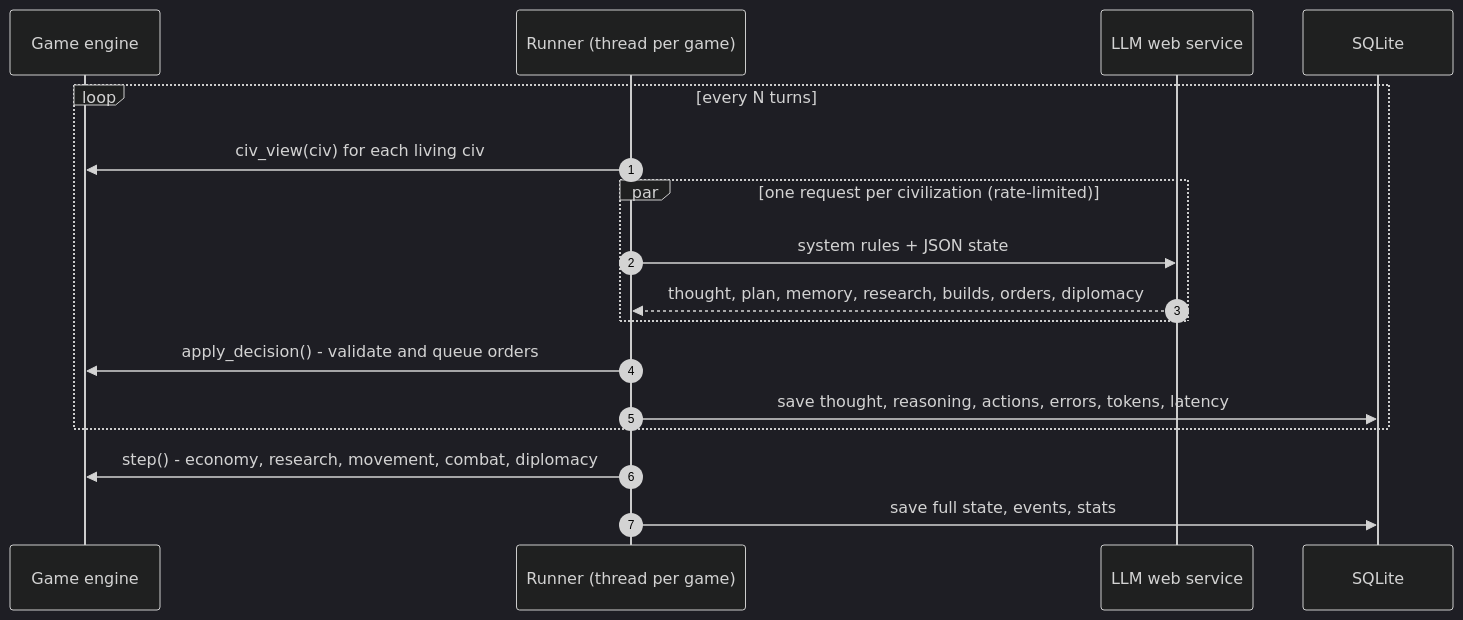
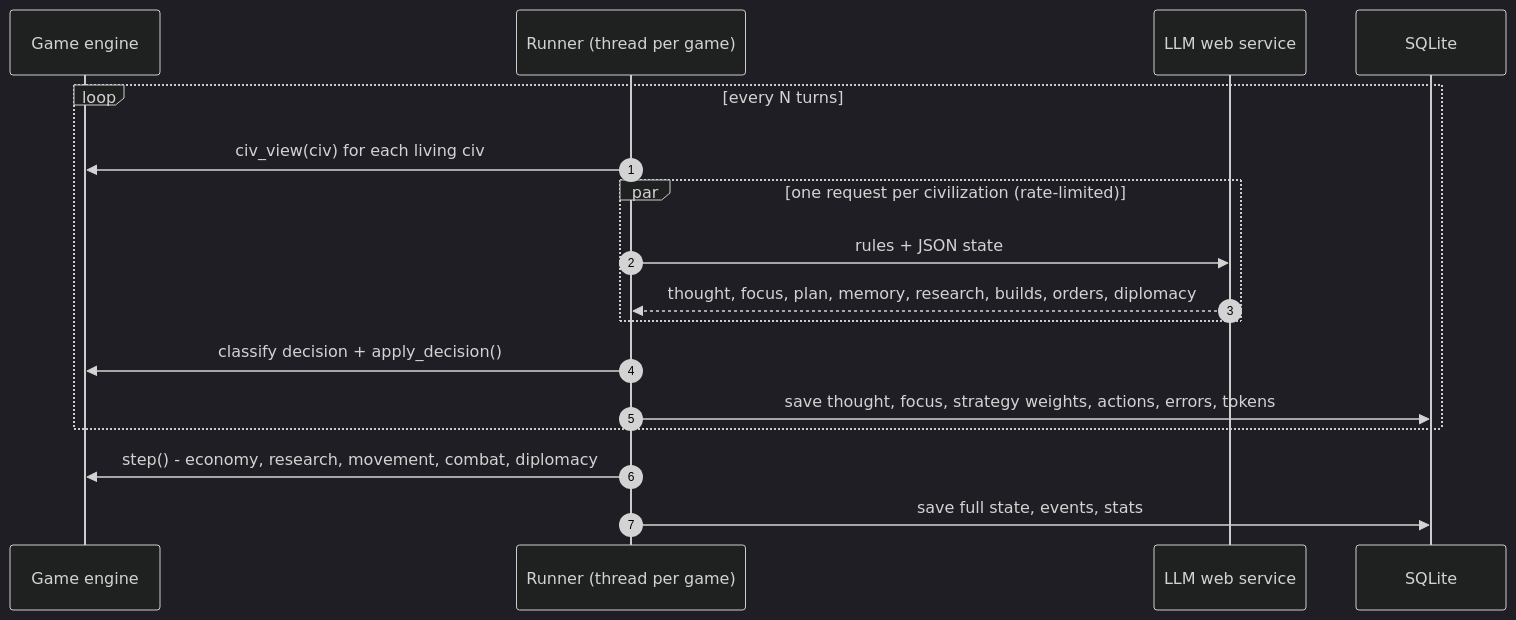
The diagram in README.md (deveguru/AI-Civilization-Arena), drawn with Mermaid (dark theme) before and after one commit. The commit also changed other lines of this file and 31 other files, not shown here.

````diff
--- a/README.md
+++ b/README.md
@@ -300,19 +362,19 @@
 ```mermaid
 sequenceDiagram
     autonumber
     participant E as Game engine
     participant R as Runner (thread per game)
     participant L as LLM web service
     participant DB as SQLite
     loop every N turns
         R->>E: civ_view(civ) for each living civ
         par one request per civilization (rate-limited)
-            R->>L: system rules + JSON state
-            L-->>R: thought, plan, memory, research, builds, orders, diplomacy
+            R->>L: rules + JSON state
+            L-->>R: thought, focus, plan, memory, research, builds, orders, diplomacy
         end
-        R->>E: apply_decision() - validate and queue orders
-        R->>DB: save thought, reasoning, actions, errors, tokens, latency
+        R->>E: classify decision + apply_decision()
+        R->>DB: save thought, focus, strategy weights, actions, errors, tokens
     end
     R->>E: step() - economy, research, movement, combat, diplomacy
     R->>DB: save full state, events, stats
 ```
````
